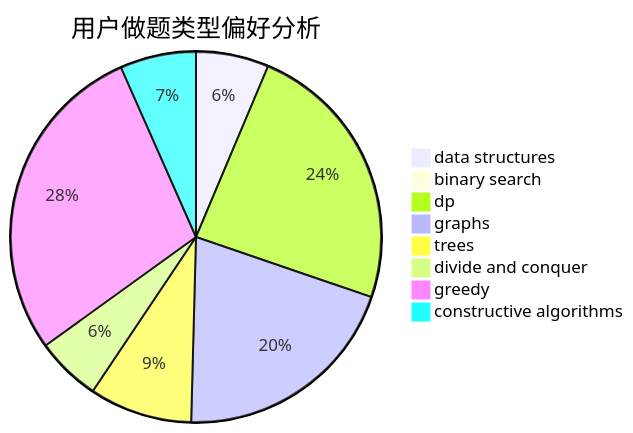
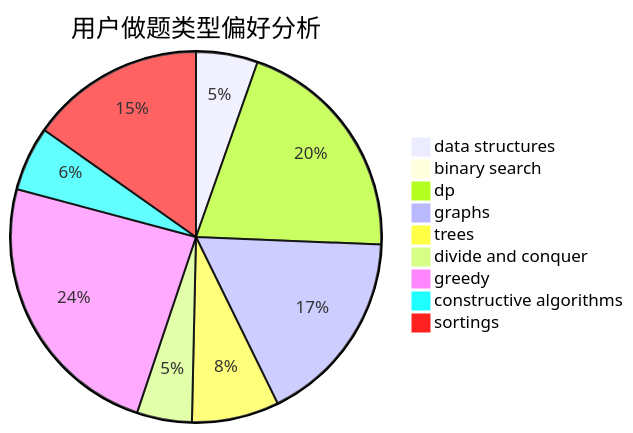
One commit to sherpahu/cfrs.github.io changed the second of 3 diagrams in docs/user/u1571.md. Above: the diagram before and after it, drawn with Mermaid. The commit also changed other lines of this file and 2769 other files, not shown here.

````diff
--- a/docs/user/u1571.md
+++ b/docs/user/u1571.md
@@ -23,11 +18,12 @@
 ```mermaid
 pie title 用户做题类型偏好分析
     "data structures" :  46
     "binary search" :  7
     "dp" :  173
     "graphs" :  146
     "trees" :  65
     "divide and conquer" :  41
     "greedy" :  205
     "constructive algorithms" :  48
+    "sortings" :  130
 ```
````
